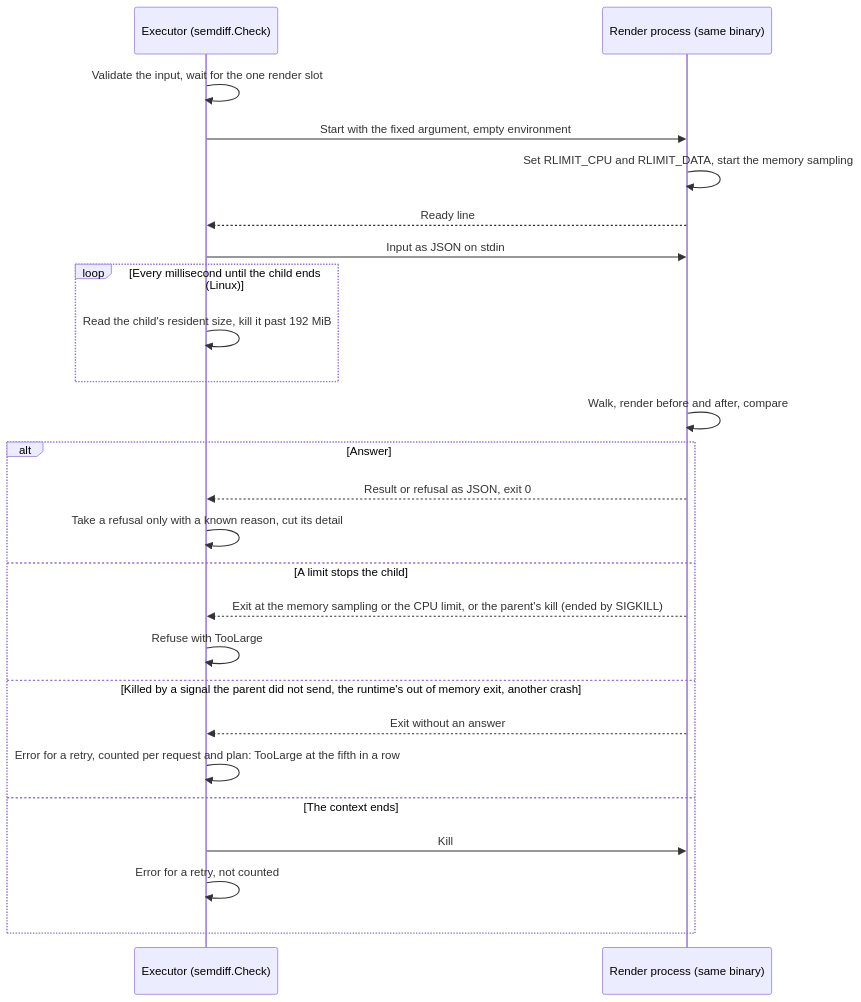
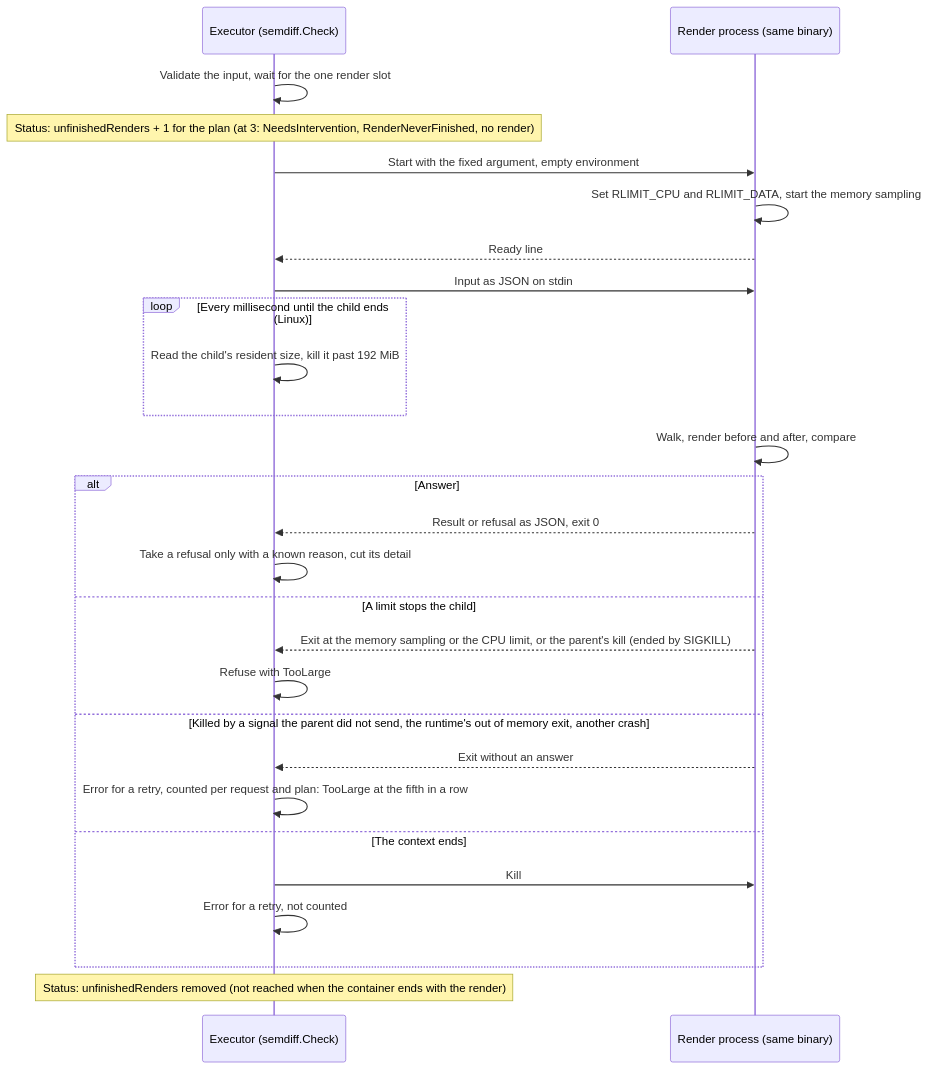
The diagram in docs/adr/0035-render-check-in-a-limited-child-process.md (pkalin/shadewright), drawn with Mermaid before and after one commit. The commit also changed other lines of this file and 20 other files, not shown here.

````diff
--- a/docs/adr/0035-render-check-in-a-limited-child-process.md
+++ b/docs/adr/0035-render-check-in-a-limited-child-process.md
@@ -31,27 +32,29 @@
 ```mermaid
 sequenceDiagram
     participant E as Executor (semdiff.Check)
     participant C as Render process (same binary)
     E->>E: Validate the input, wait for the one render slot
+    Note over E: Status: unfinishedRenders + 1 for the plan (at 3: NeedsIntervention, RenderNeverFinished, no render)
     E->>C: Start with the fixed argument, empty environment
     C->>C: Set RLIMIT_CPU and RLIMIT_DATA, start the memory sampling
     C-->>E: Ready line
     E->>C: Input as JSON on stdin
     loop Every millisecond until the child ends (Linux)
         E->>E: Read the child's resident size, kill it past 192 MiB
     end
     C->>C: Walk, render before and after, compare
     alt Answer
         C-->>E: Result or refusal as JSON, exit 0
         E->>E: Take a refusal only with a known reason, cut its detail
     else A limit stops the child
         C-->>E: Exit at the memory sampling or the CPU limit, or the parent's kill (ended by SIGKILL)
         E->>E: Refuse with TooLarge
     else Killed by a signal the parent did not send, the runtime's out of memory exit, another crash
         C-->>E: Exit without an answer
         E->>E: Error for a retry, counted per request and plan: TooLarge at the fifth in a row
     else The context ends
         E->>C: Kill
         E->>E: Error for a retry, not counted
     end
+    Note over E: Status: unfinishedRenders removed (not reached when the container ends with the render)
 ```
````
